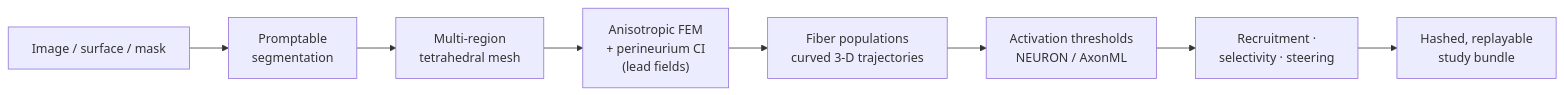
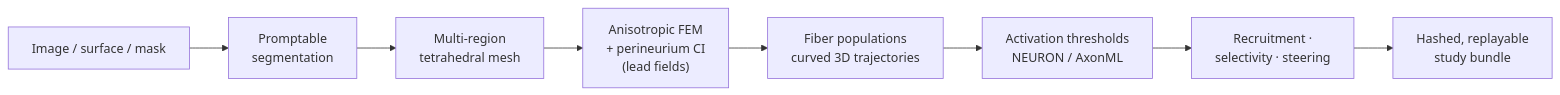
The diagram in README.md (CellularSyntax/golgi), drawn with Mermaid before and after one commit. The commit also changed other lines of this file, not shown here.

````diff
--- a/README.md
+++ b/README.md
@@ -45,10 +45,10 @@
 ```mermaid
 flowchart LR
     A["Image / surface / mask"] --> B["Promptable<br/>segmentation"]
     B --> C["Multi-region<br/>tetrahedral mesh"]
     C --> D["Anisotropic FEM<br/>+ perineurium CI<br/>(lead fields)"]
-    D --> E["Fiber populations<br/>curved 3-D trajectories"]
+    D --> E["Fiber populations<br/>curved 3D trajectories"]
     E --> F["Activation thresholds<br/>NEURON / AxonML"]
     F --> G["Recruitment ·<br/>selectivity · steering"]
     G --> H["Hashed, replayable<br/>study bundle"]
 ```
````
